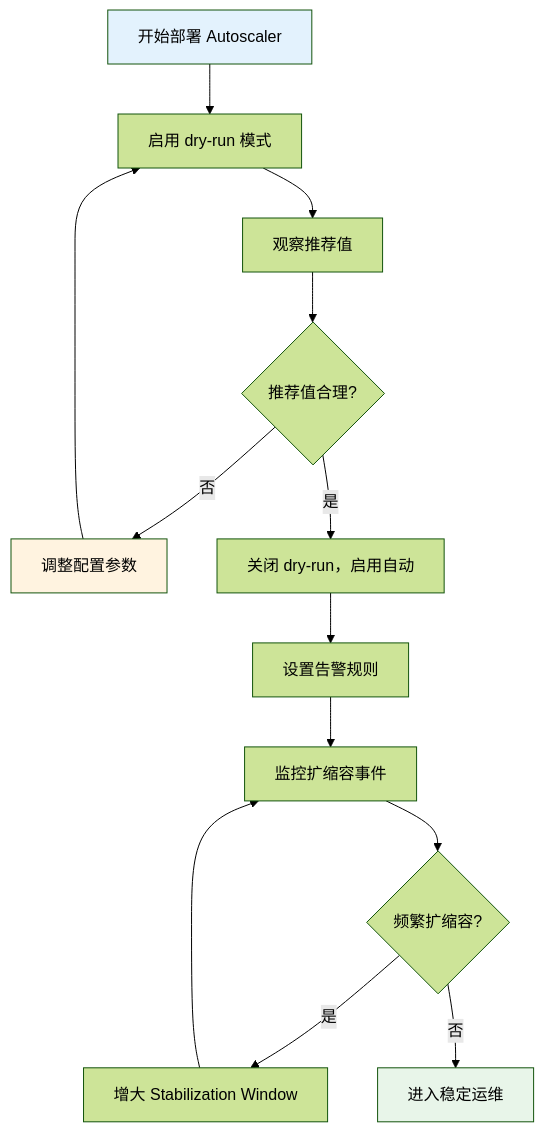
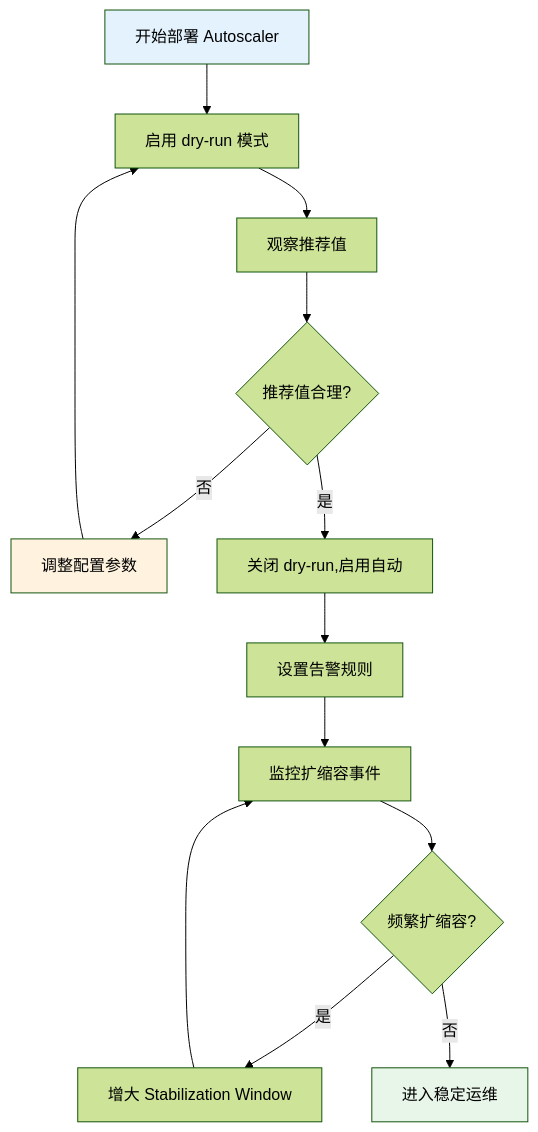
Before and after one commit to AdaMartin18010/AnalysisDataFlow: the sixth of 6 diagrams in Flink/04-runtime/04.01-deployment/flink-kubernetes-autoscaler-deep-dive.md, drawn with Mermaid (forest theme). The commit also changed other lines of this file and 634 other files, not shown here.

````diff
--- a/Flink/04-runtime/04.01-deployment/flink-kubernetes-autoscaler-deep-dive.md
+++ b/Flink/04-runtime/04.01-deployment/flink-kubernetes-autoscaler-deep-dive.md
@@ -637,19 +637,19 @@
 ```mermaid
 flowchart TD
     A[开始部署 Autoscaler] --> B[启用 dry-run 模式]
     B --> C[观察推荐值]
     C --> D{推荐值合理?}
     D -->|否| E[调整配置参数]
     E --> B
-    D -->|是| F[关闭 dry-run，启用自动]
+    D -->|是| F[关闭 dry-run,启用自动]
     F --> G[设置告警规则]
     G --> H[监控扩缩容事件]
     H --> I{频繁扩缩容?}
     I -->|是| J[增大 Stabilization Window]
     J --> H
     I -->|否| K[进入稳定运维]
 
     style A fill:#e3f2fd
     style K fill:#e8f5e9
     style E fill:#fff3e0
 ```
````
